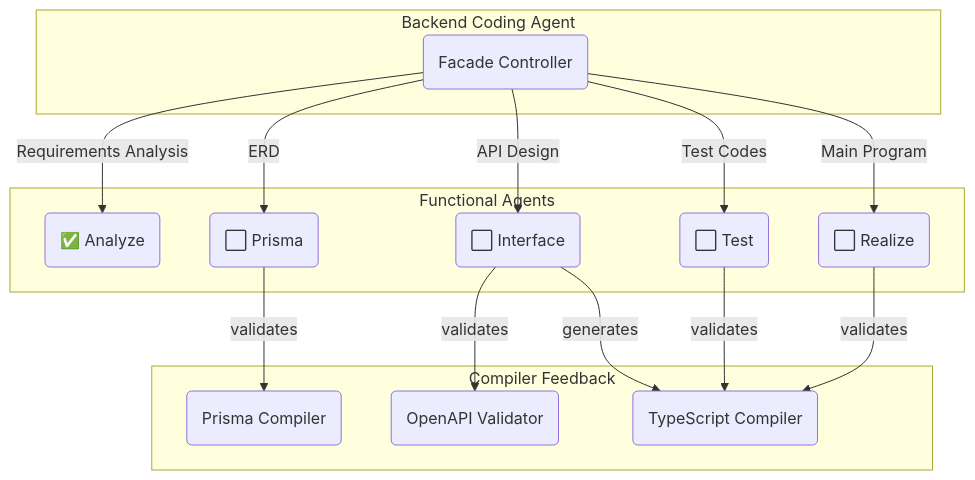
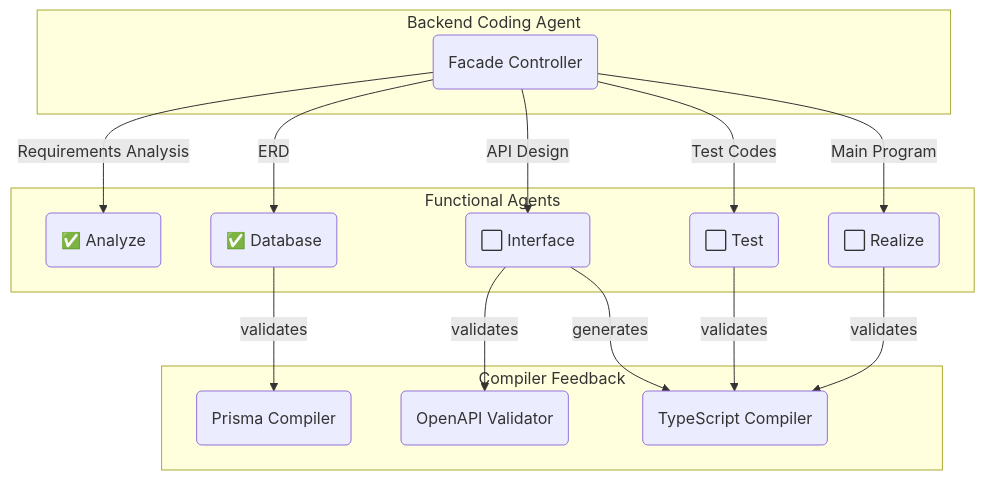
One commit to wrtnlabs/autobe-examples changed the diagram in qwen/qwen3-coder-exacto/shopping/README.md. Above: the diagram before and after it, drawn with Mermaid. The commit also changed other lines of this file and 9391 other files, not shown here.

````diff
--- a/qwen/qwen3-coder-exacto/shopping/README.md
+++ b/qwen/qwen3-coder-exacto/shopping/README.md
@@ -14,20 +14,20 @@
 ```mermaid
 flowchart
 subgraph "Backend Coding Agent"
   coder("Facade Controller")
 end
 subgraph "Functional Agents"
   coder --"Requirements Analysis"--> analyze("✅ Analyze")
-  coder --"ERD"--> prisma("⬜ Prisma")
+  coder --"ERD"--> database("✅ Database")
   coder --"API Design"--> interface("⬜ Interface")
   coder --"Test Codes" --> test("⬜ Test")
   coder --"Main Program" --> realize("⬜ Realize")
 end
 subgraph "Compiler Feedback"
-  prisma --"validates" --> prismaCompiler("Prisma Compiler")
+  database --"validates" --> prismaCompiler("Prisma Compiler")
   interface --"validates" --> openapiValidator("OpenAPI Validator")
   interface --"generates" --> tsCompiler("TypeScript Compiler")
   test --"validates" --> tsCompiler("TypeScript Compiler")
   realize --"validates" --> tsCompiler("TypeScript Compiler")
 end
 ```
````
